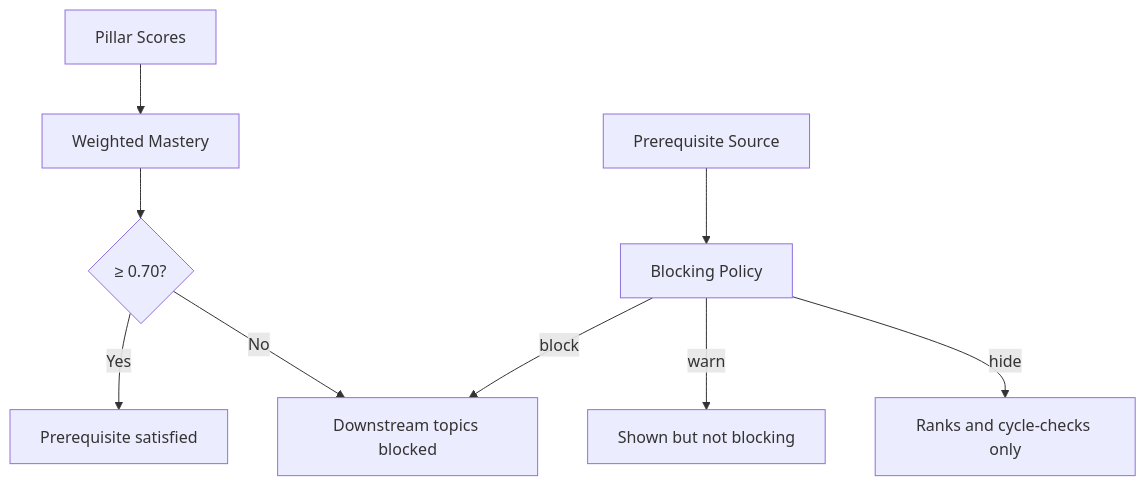
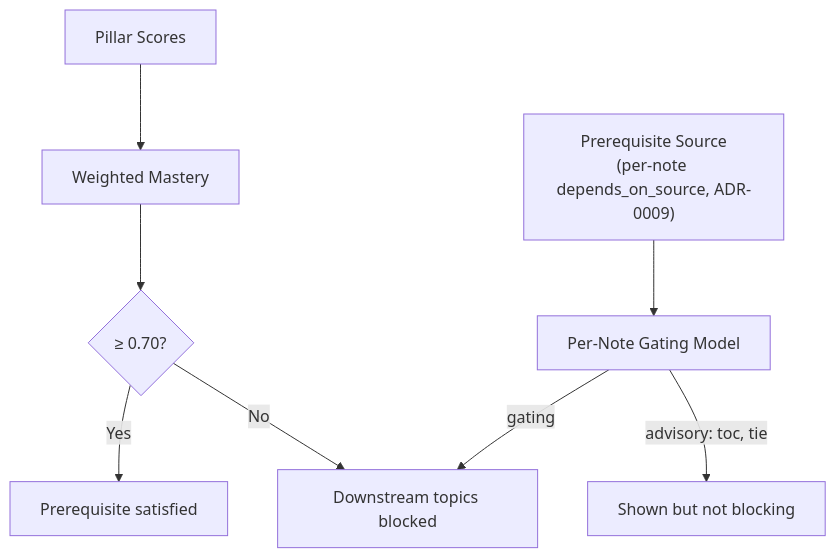
One commit to Kuldeep2822k/palee-architecture changed the second of 11 diagrams in Architecture Decision Records/Learning and Pedagogy Decisions.md. Above: the diagram before and after it, drawn with Mermaid. The commit also changed other lines of this file and 8 other files, not shown here.

Commit message:
docs(adr): fix lifecycle statuses, stale-temp order and planning diagrams

````diff
--- a/Architecture Decision Records/Learning and Pedagogy Decisions.md
+++ b/Architecture Decision Records/Learning and Pedagogy Decisions.md
@@ -75,11 +75,10 @@
 ```mermaid
 flowchart TD
     Score["Pillar Scores"] --> Mastery["Weighted Mastery"]
     Mastery --> Threshold{"≥ 0.70?"}
     Threshold -->|Yes| Ready["Prerequisite satisfied"]
     Threshold -->|No| Blocked["Downstream topics blocked"]
-    Source["Prerequisite Source"] --> Policy["Blocking Policy"]
-    Policy -->|block| Blocked
-    Policy -->|warn| Advisory["Shown but not blocking"]
-    Policy -->|hide| Hidden["Ranks and cycle-checks only"]
+    Source["Prerequisite Source<br/>(per-note depends_on_source, ADR-0009)"] --> Policy["Per-Note Gating Model"]
+    Policy -->|gating| Blocked
+    Policy -->|advisory: toc, tie| Advisory["Shown but not blocking"]
 ```
````
